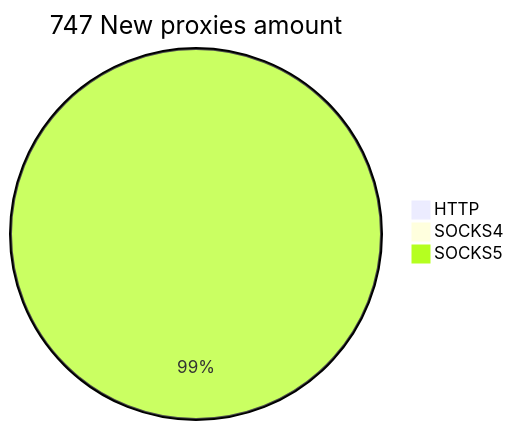
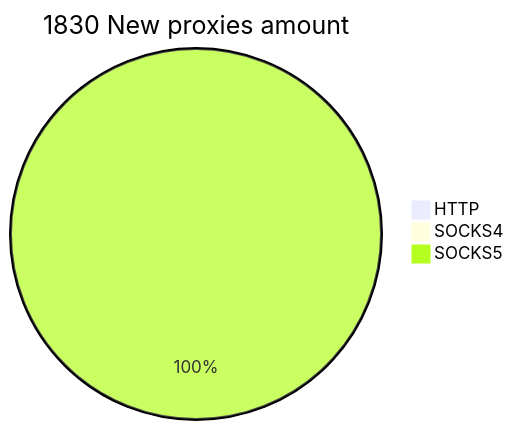
Before and after one commit to cutipu/proxylist: the second of 2 diagrams in README.md, drawn with Mermaid. The commit also changed other lines of this file, not shown here.

````diff
--- a/README.md
+++ b/README.md
@@ -10,6 +10,6 @@
 ```mermaid
-pie title 747 New proxies amount
-    "HTTP" : 3
-    "SOCKS4" : 2
-    "SOCKS5" : 742
+pie title 1830 New proxies amount
+    "HTTP" : 0
+    "SOCKS4" : 0
+    "SOCKS5" : 1840
 ```
````
